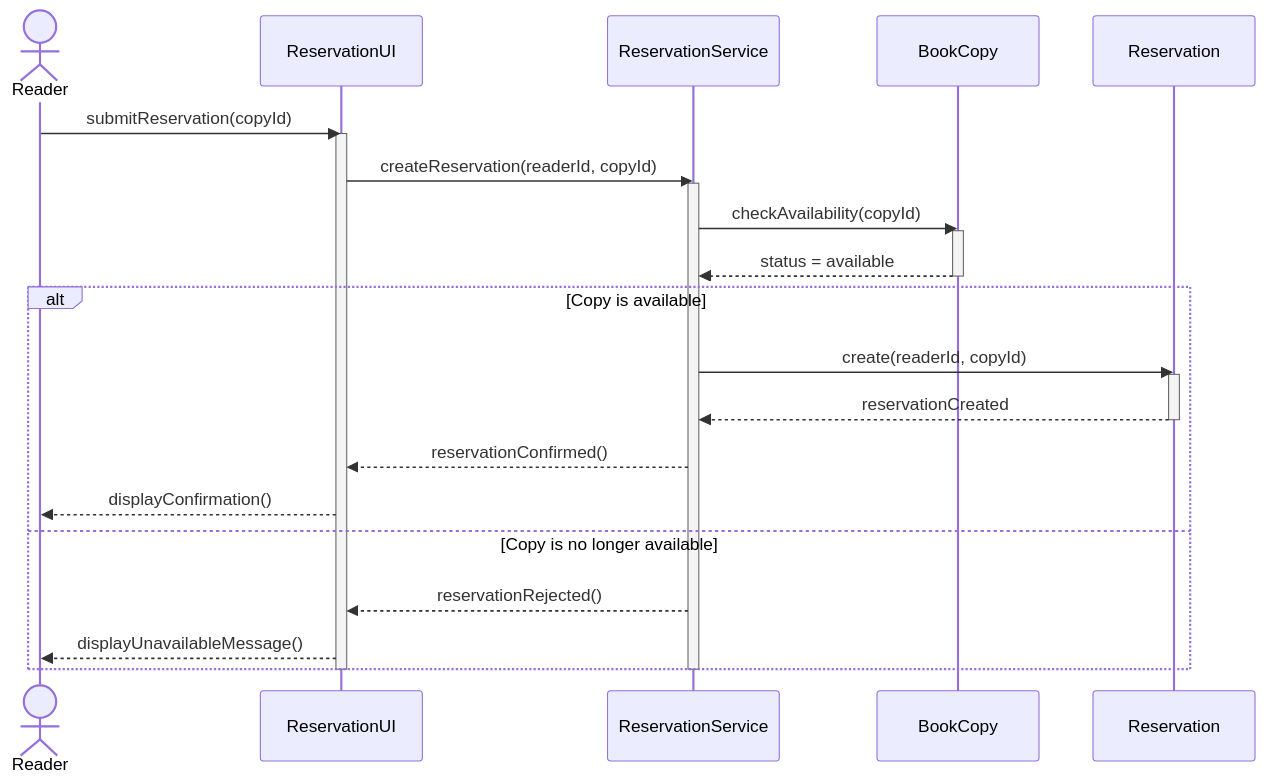
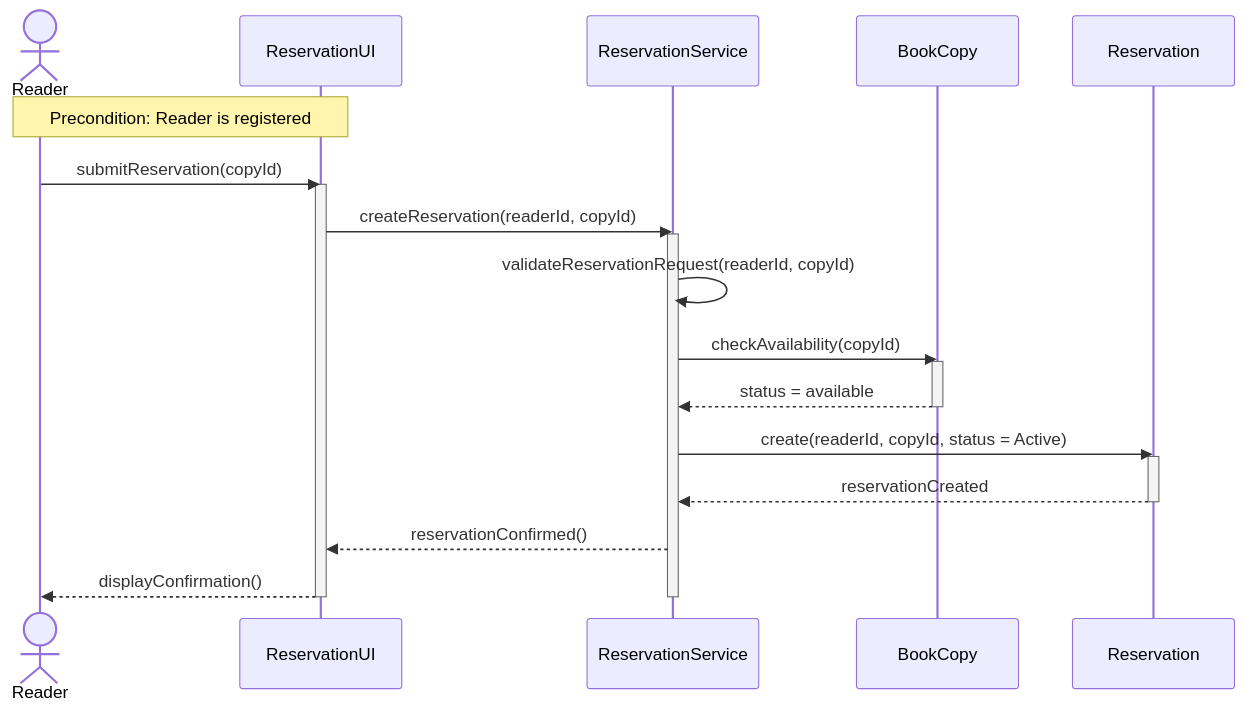
One commit to liza051/library-sequence-diagrams changed the diagram in sequence/SC-01-successful-reservation.mmd. Above: the diagram before and after it, drawn with Mermaid.

Commit message:
Fix SC-01 reservation validation and active status

```diff
--- a/sequence/SC-01-successful-reservation.mmd
+++ b/sequence/SC-01-successful-reservation.mmd
@@ -1,33 +1,32 @@
 sequenceDiagram
     actor Reader
     participant UI as ReservationUI
     participant Service as ReservationService
     participant Copy as BookCopy
     participant Reservation
 
+    Note over Reader,UI: Precondition: Reader is registered
+
     Reader->>UI: submitReservation(copyId)
     activate UI
 
     UI->>Service: createReservation(readerId, copyId)
     activate Service
 
+    Service->>Service: validateReservationRequest(readerId, copyId)
+
     Service->>Copy: checkAvailability(copyId)
     activate Copy
     Copy-->>Service: status = available
     deactivate Copy
 
-    alt Copy is available
-        Service->>Reservation: create(readerId, copyId)
-        activate Reservation
-        Reservation-->>Service: reservationCreated
-        deactivate Reservation
+    Service->>Reservation: create(readerId, copyId, status = Active)
+    activate Reservation
+    Reservation-->>Service: reservationCreated
+    deactivate Reservation
 
-        Service-->>UI: reservationConfirmed()
-        UI-->>Reader: displayConfirmation()
-    else Copy is no longer available
-        Service-->>UI: reservationRejected()
-        UI-->>Reader: displayUnavailableMessage()
-    end
+    Service-->>UI: reservationConfirmed()
+    UI-->>Reader: displayConfirmation()
 
     deactivate Service
     deactivate UI
```
